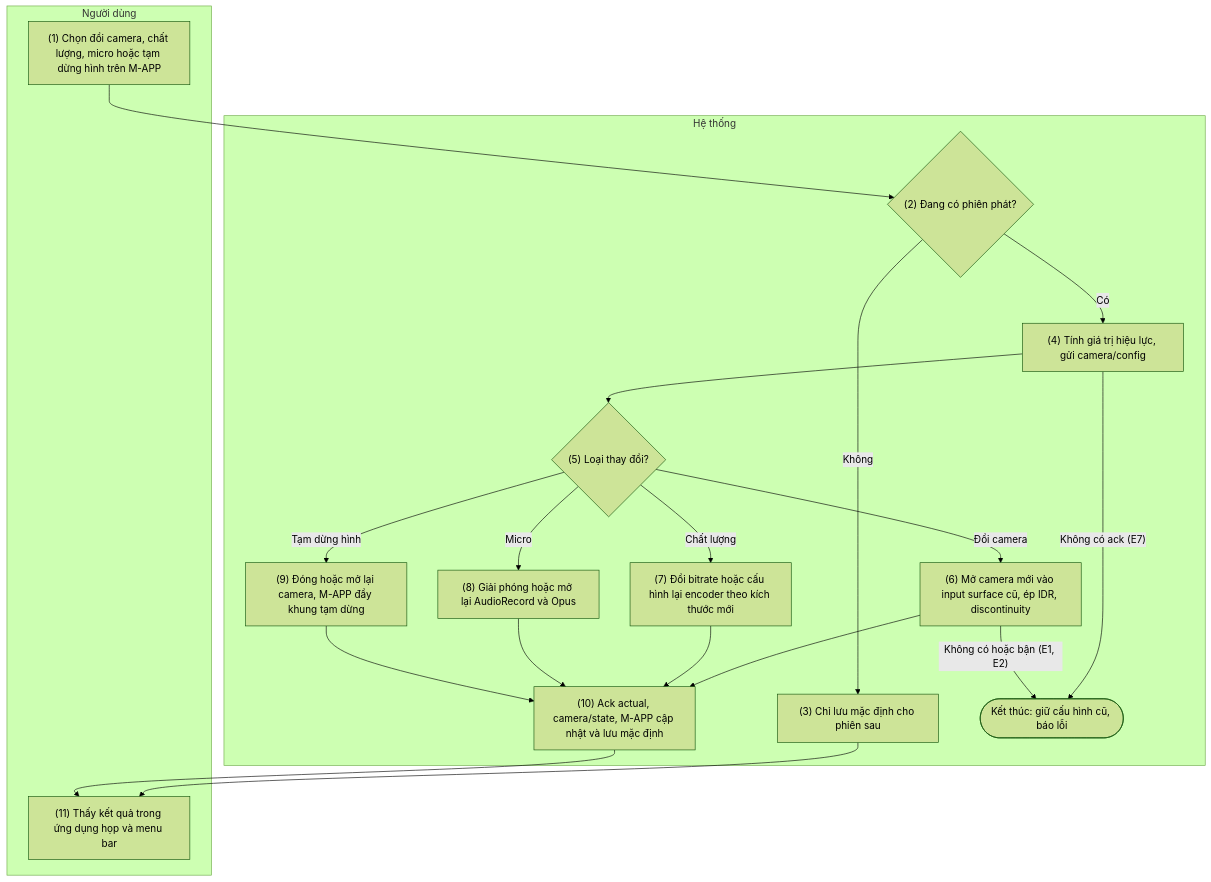
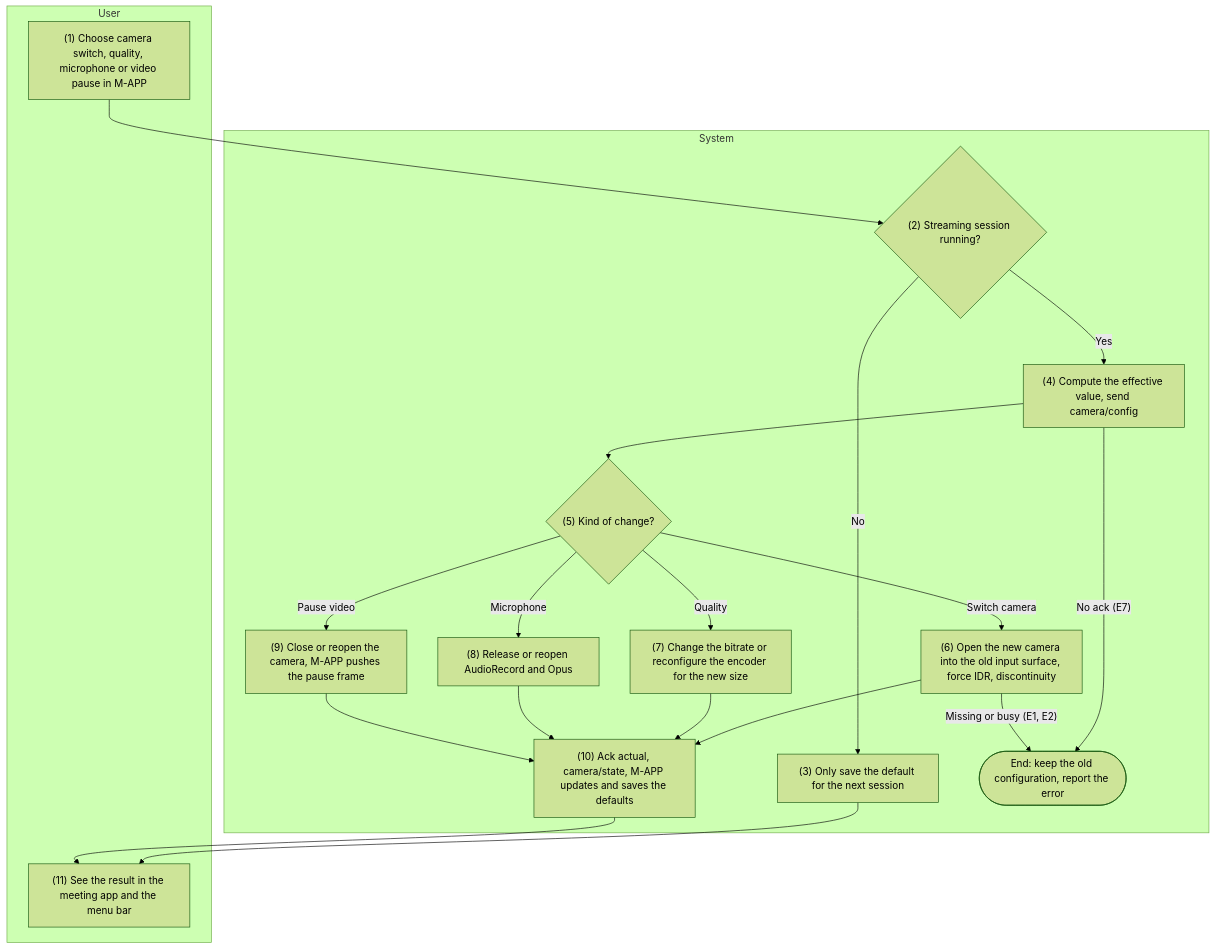
Before and after one commit to HandLive/handlive: the third of 5 diagrams in docs/detailed-design/08-camera-mic.md, drawn with Mermaid (forest theme). The commit also changed other lines of this file and 1 other file, not shown here.

Commit message:
docs: translate docs/detailed-design/08-camera-mic.md into English

````diff
--- a/docs/detailed-design/08-camera-mic.md
+++ b/docs/detailed-design/08-camera-mic.md
@@ -1049,33 +1082,33 @@
 ```mermaid
 flowchart TB
-  subgraph ND["Người dùng"]
-    U1["(1) Chọn đổi camera, chất lượng, micro hoặc tạm dừng hình trên M-APP"]
-    U11["(11) Thấy kết quả trong ứng dụng họp và menu bar"]
+  subgraph ND["User"]
+    U1["(1) Choose camera switch, quality, microphone or video pause in M-APP"]
+    U11["(11) See the result in the meeting app and the menu bar"]
   end
-  subgraph HT["Hệ thống"]
-    D2{"(2) Đang có phiên phát?"}
-    S3["(3) Chỉ lưu mặc định cho phiên sau"]
-    S4["(4) Tính giá trị hiệu lực, gửi camera/config"]
-    D5{"(5) Loại thay đổi?"}
-    S6["(6) Mở camera mới vào input surface cũ, ép IDR, discontinuity"]
-    S7["(7) Đổi bitrate hoặc cấu hình lại encoder theo kích thước mới"]
-    S8["(8) Giải phóng hoặc mở lại AudioRecord và Opus"]
-    S9["(9) Đóng hoặc mở lại camera, M-APP đẩy khung tạm dừng"]
-    S10["(10) Ack actual, camera/state, M-APP cập nhật và lưu mặc định"]
-    X1(["Kết thúc: giữ cấu hình cũ, báo lỗi"])
+  subgraph HT["System"]
+    D2{"(2) Streaming session running?"}
+    S3["(3) Only save the default for the next session"]
+    S4["(4) Compute the effective value, send camera/config"]
+    D5{"(5) Kind of change?"}
+    S6["(6) Open the new camera into the old input surface, force IDR, discontinuity"]
+    S7["(7) Change the bitrate or reconfigure the encoder for the new size"]
+    S8["(8) Release or reopen AudioRecord and Opus"]
+    S9["(9) Close or reopen the camera, M-APP pushes the pause frame"]
+    S10["(10) Ack actual, camera/state, M-APP updates and saves the defaults"]
+    X1(["End: keep the old configuration, report the error"])
   end
   U1 --> D2
-  D2 -- "Không" --> S3 --> U11
-  D2 -- "Có" --> S4 --> D5
-  S4 -- "Không có ack (E7)" --> X1
-  D5 -- "Đổi camera" --> S6
-  D5 -- "Chất lượng" --> S7
-  D5 -- "Micro" --> S8
-  D5 -- "Tạm dừng hình" --> S9
-  S6 -- "Không có hoặc bận (E1, E2)" --> X1
+  D2 -- "No" --> S3 --> U11
+  D2 -- "Yes" --> S4 --> D5
+  S4 -- "No ack (E7)" --> X1
+  D5 -- "Switch camera" --> S6
+  D5 -- "Quality" --> S7
+  D5 -- "Microphone" --> S8
+  D5 -- "Pause video" --> S9
+  S6 -- "Missing or busy (E1, E2)" --> X1
   S6 --> S10
   S7 --> S10
   S8 --> S10
   S9 --> S10
   S10 --> U11
 ```
````
